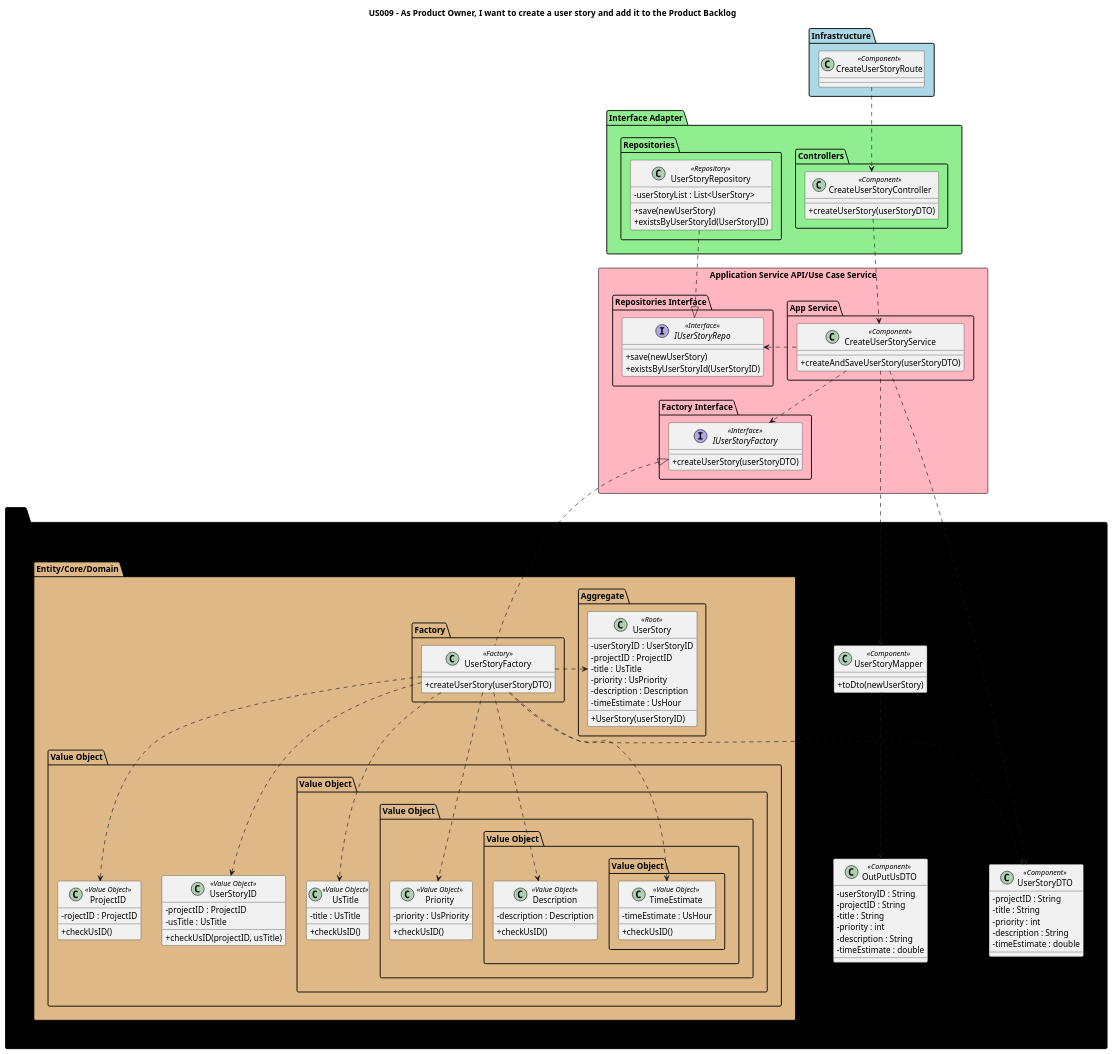
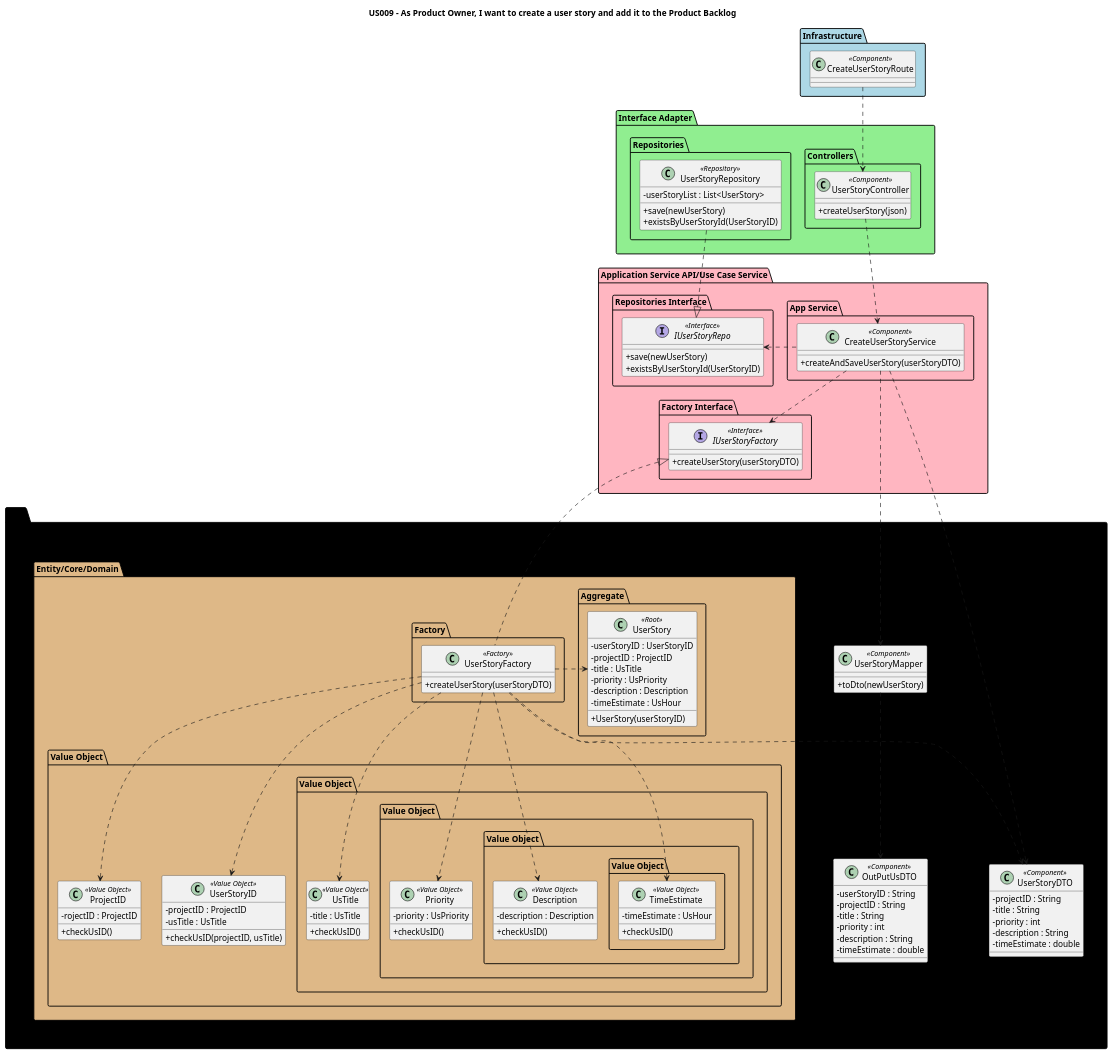
Before and after one commit to nunogon1211787/projectManagement: the diagram in docs/Sprint1/US009/US009RE-CD.puml, drawn with PlantUML. The commit also changed 31 other files, not shown here.

```diff
--- a/docs/Sprint1/US009/US009RE-CD.puml
+++ b/docs/Sprint1/US009/US009RE-CD.puml
@@ -1,157 +1,154 @@
 @startuml
 'https://plantuml.com/class-diagram
 
 'hide circle
 skinparam classAttributeIconSize 0
 
 title US009 - As Product Owner, I want to create a user story and add it to the Product Backlog
 
 skinparam classAttributeIconSize 0
 
 package "Infrastructure" <<Folder>> #lightblue  {
 class "CreateUserStoryRoute" as route << Component >>
 }
 
 package "Interface Adapter" <<Folder>> #lightgreen {
 package "Controllers" <<Folder>>{
-class "CreateUserStoryController" as ctrl << Component >> {
-+createUserStory(userStoryDTO)
+class "UserStoryController" as ctrl << Component >> {
++createUserStory(json)
 }
 }
 package "Repositories" <<Folder>>{
 class "UserStoryRepository" as store << Repository >> {
 -userStoryList : List<UserStory>
 + save(newUserStory)
 + existsByUserStoryId(UserStoryID)
-'- add(newUserStory)
 }
 }
 }
 
-package "Application Service API/Use Case Service" <<Rectangle>> #lightpink{
+package "Application Service API/Use Case Service" <<Package>> #lightpink{
 package "App Service" <<Folder>>{
 class "CreateUserStoryService" as service << Component >> {
 +createAndSaveUserStory(userStoryDTO)
 }
 }
 package "Repositories Interface" <<Folder>>{
 interface "IUserStoryRepo" as repo << Interface >>{
 + save(newUserStory)
 + existsByUserStoryId(UserStoryID)
 }
 }
 package "Factory Interface" <<Folder>>{
 interface "IUserStoryFactory" as factoryInterface << Interface >>{
 +createUserStory(userStoryDTO)
 }
 }
 }
 package "DTO" <<Folder>> #black {
 package "UserStoryDTO" <<Folder>>{
 class "UserStoryDTO" as dto << Component >> {
 - projectID : String
 - title : String
 - priority : int
 - description : String
 - timeEstimate : double
 }
 }
 
 package "DTO" <<Folder>> {
 package "UserStoryMapper" <<Folder>>{
 class "UserStoryMapper" as mapper << Component >> {
 + toDto(newUserStory)
 }
 }
 package "DTO" <<Folder>>  {
 package "OutPutUsDTO" <<Folder>>{
 class "OutPutUsDTO" as outdto << Component >> {
 - userStoryID : String
 - projectID : String
 - title : String
 - priority : int
 - description : String
 - timeEstimate : double
 }
 }
 
 }
 
 package "Entity/Core/Domain" <<Folder>> #burlywood{
 package "Aggregate" <<Folder>>{
 class "UserStory" as userStory << Root >> {
 - userStoryID : UserStoryID
 - projectID : ProjectID
 - title : UsTitle
 - priority : UsPriority
 - description : Description
 - timeEstimate : UsHour
 + UserStory(userStoryID)
 }
 }
 package "Factory" <<Folder>>{
 class "UserStoryFactory" as userStoryF << Factory >> {
 +createUserStory(userStoryDTO)
 }
 }
 package "Value Object" <<Folder>>{
 class "UserStoryID" as usID << Value Object >> {
 -projectID : ProjectID
 -usTitle : UsTitle
 +checkUsID(projectID, usTitle)
 }
 }
 package "Value Object" <<Folder>>{
 class "ProjectID" as projID << Value Object >> {
 -rojectID : ProjectID
 +checkUsID()
 }
 
 package "Value Object" <<Folder>>{
 class "UsTitle" as usTitle << Value Object >> {
 - title : UsTitle
 +checkUsID()
 }
 
 package "Value Object" <<Folder>>{
 class "Priority" as priority << Value Object >> {
 -priority : UsPriority
 +checkUsID()
 }
 
 package "Value Object" <<Folder>>{
 class "Description" as desc << Value Object >> {
 -description : Description
 +checkUsID()
 }
 
 package "Value Object" <<Folder>>{
 class "TimeEstimate" as time << Value Object >> {
 -timeEstimate : UsHour
 +checkUsID()
 }
 
 
 route ..> ctrl
-'ctrl..> mapper'
 ctrl..> service
-'mapper..> dto
 store..|> repo
 service..> mapper
 service..> dto
 mapper..>outdto
 userStoryF..> dto
 service..> factoryInterface
 service..left> repo
 userStoryF..> usID
 userStoryF..>projID
 userStoryF..>usTitle
 userStoryF..>priority
 userStoryF..up>time
 userStoryF..>desc
 userStoryF..right>userStory
 userStoryF..up|>factoryInterface
 
 
 
 @enduml
```
